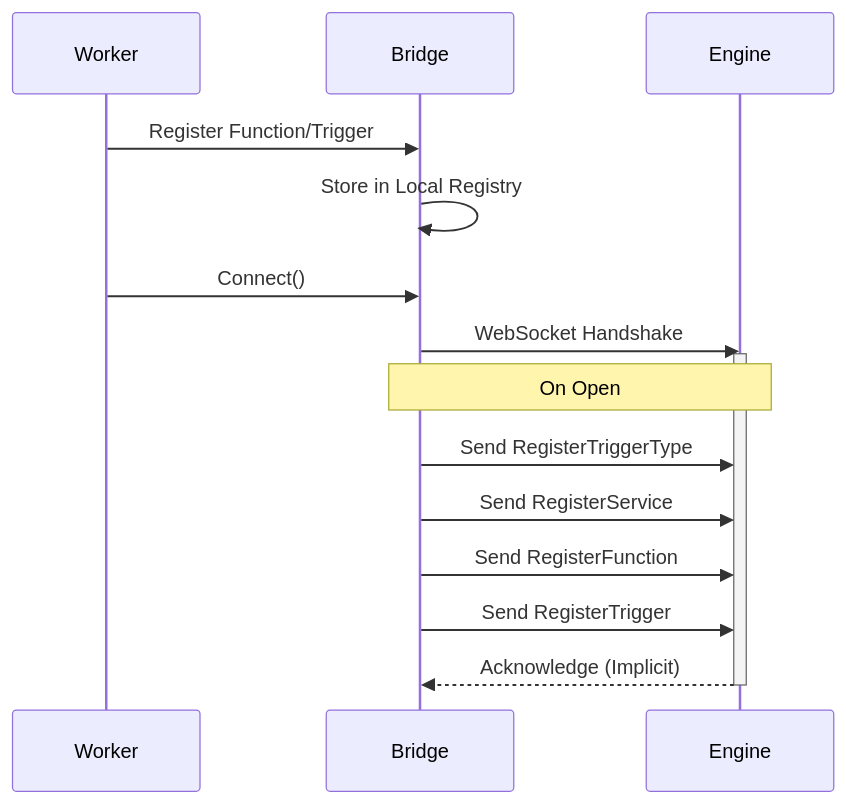
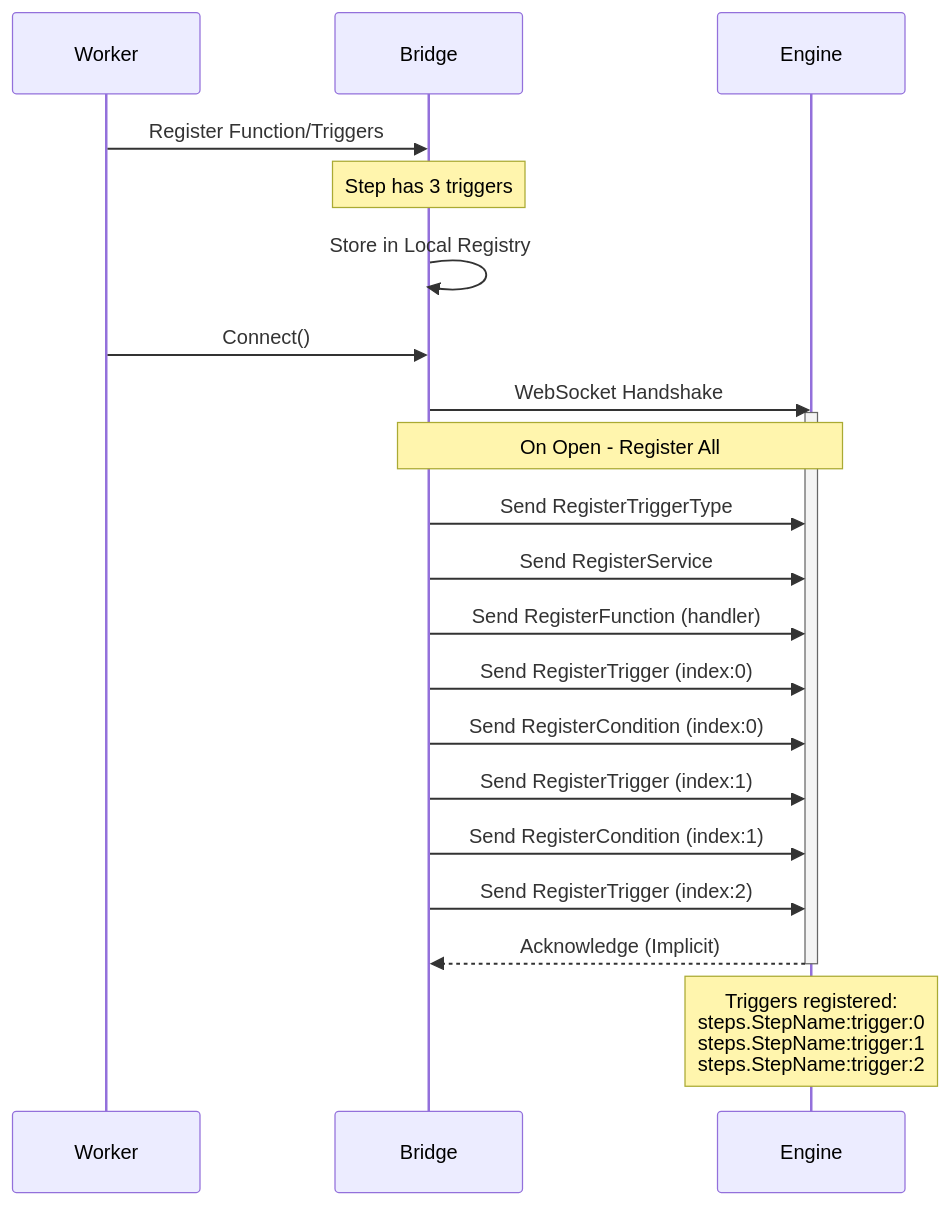
Before and after one commit to iii-hq/docs: the second of 7 diagrams in content/docs/advanced/sdk-implementation.mdx, drawn with Mermaid. The commit also changed other lines of this file and 1 other file, not shown here.

Commit message:
Enhance SDK documentation with multi-trigger architecture and condition evaluation details

````diff
--- a/content/docs/advanced/sdk-implementation.mdx
+++ b/content/docs/advanced/sdk-implementation.mdx
@@ -26,22 +26,29 @@
 ```mermaid
 sequenceDiagram
     participant Worker
     participant Bridge
     participant Engine
 
-    Worker->>Bridge: Register Function/Trigger
+    Worker->>Bridge: Register Function/Triggers
+    Note over Bridge: Step has 3 triggers
     Bridge->>Bridge: Store in Local Registry
 
     Worker->>Bridge: Connect()
     Bridge->>Engine: WebSocket Handshake
     activate Engine
 
-    Note over Bridge, Engine: On Open
+    Note over Bridge, Engine: On Open - Register All
     Bridge->>Engine: Send RegisterTriggerType
     Bridge->>Engine: Send RegisterService
-    Bridge->>Engine: Send RegisterFunction
-    Bridge->>Engine: Send RegisterTrigger
+    Bridge->>Engine: Send RegisterFunction (handler)
+    Bridge->>Engine: Send RegisterTrigger (index:0)
+    Bridge->>Engine: Send RegisterCondition (index:0)
+    Bridge->>Engine: Send RegisterTrigger (index:1)
+    Bridge->>Engine: Send RegisterCondition (index:1)
+    Bridge->>Engine: Send RegisterTrigger (index:2)
 
     Engine-->>Bridge: Acknowledge (Implicit)
     deactivate Engine
+    
+    Note over Engine: Triggers registered:<br/>steps.StepName:trigger:0<br/>steps.StepName:trigger:1<br/>steps.StepName:trigger:2
 ```
````
